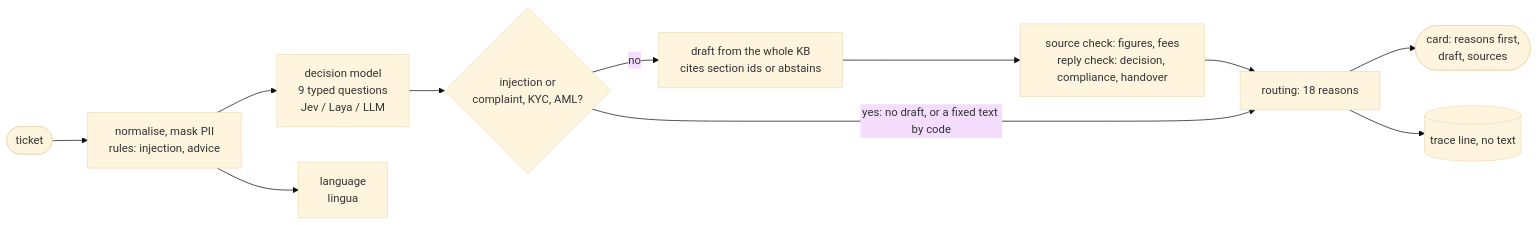
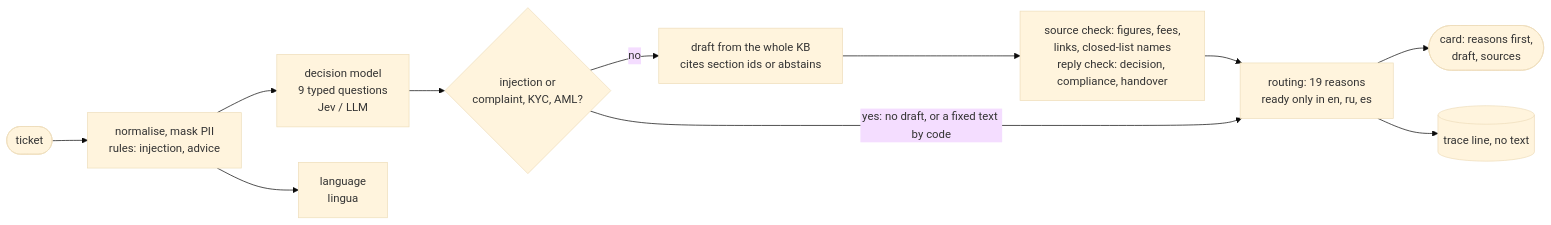
Before and after one commit to Gevernus/valetax-copilot: the diagram in README.md, drawn with Mermaid (base theme). The commit also changed other lines of this file and 74 other files, not shown here.

````diff
--- a/README.md
+++ b/README.md
@@ -51,13 +61,13 @@
 ```mermaid
 flowchart LR
     t([ticket]) --> m[normalise, mask PII<br/>rules: injection, advice]
-    m --> c[decision model<br/>9 typed questions<br/>Jev / Laya / LLM]
+    m --> c[decision model<br/>9 typed questions<br/>Jev / LLM]
     m --> l[language<br/>lingua]
     c --> d{injection or<br/>complaint, KYC, AML?}
     d -->|no| g[draft from the whole KB<br/>cites section ids or abstains]
-    g --> k[source check: figures, fees<br/>reply check: decision, compliance, handover]
-    k --> r[routing: 18 reasons]
+    g --> k[source check: figures, fees,<br/>links, closed-list names<br/>reply check: decision, compliance, handover]
+    k --> r[routing: 19 reasons<br/>ready only in en, ru, es]
     d -->|yes: no draft, or a fixed text by code| r
     r --> card([card: reasons first,<br/>draft, sources])
     r --> tr[(trace line, no text)]
 ```
````
